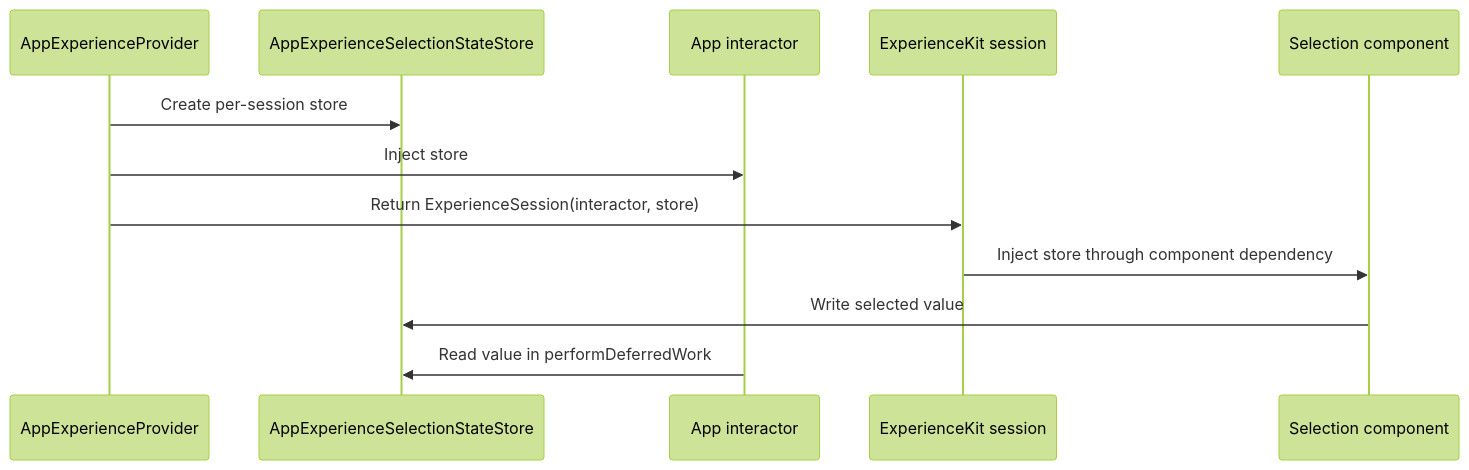
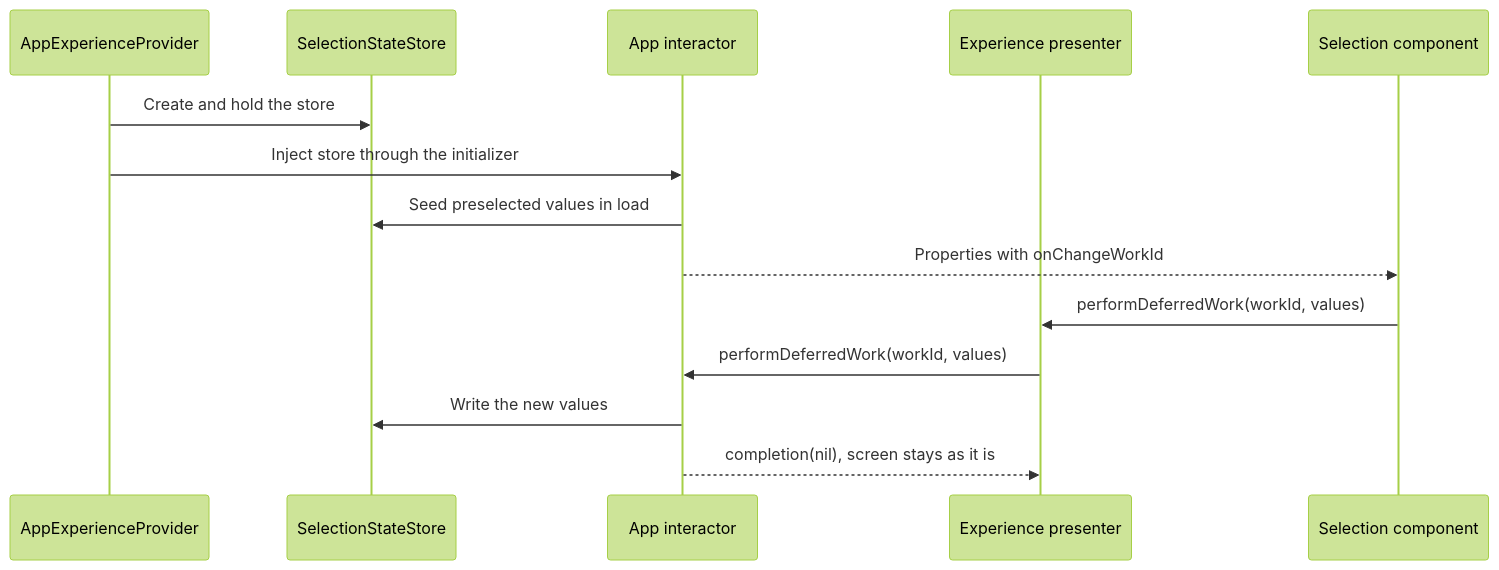
The diagram in docs/architecture/APPEXPERIENCE_SELECTIONSTATE.md (SashenSinghDev/ExperienceKit), drawn with Mermaid (forest theme) before and after one commit. The commit also changed other lines of this file and 50 other files, not shown here.

First line of the commit message:
Report selection changes to interactors through deferred work

````diff
--- a/docs/architecture/APPEXPERIENCE_SELECTIONSTATE.md
+++ b/docs/architecture/APPEXPERIENCE_SELECTIONSTATE.md
@@ -12,15 +12,17 @@
 ```mermaid
 sequenceDiagram
     participant Provider as AppExperienceProvider
-    participant Store as AppExperienceSelectionStateStore
+    participant Store as SelectionStateStore
     participant Interactor as App interactor
-    participant Framework as ExperienceKit session
+    participant Presenter as Experience presenter
     participant Component as Selection component
 
-    Provider->>Store: Create per-session store
-    Provider->>Interactor: Inject store
-    Provider->>Framework: Return ExperienceSession(interactor, store)
-    Framework->>Component: Inject store through component dependency
-    Component->>Store: Write selected value
-    Interactor->>Store: Read value in performDeferredWork
+    Provider->>Store: Create and hold the store
+    Provider->>Interactor: Inject store through the initializer
+    Interactor->>Store: Seed preselected values in load
+    Interactor-->>Component: Properties with onChangeWorkId
+    Component->>Presenter: performDeferredWork(workId, values)
+    Presenter->>Interactor: performDeferredWork(workId, values)
+    Interactor->>Store: Write the new values
+    Interactor-->>Presenter: completion(nil), screen stays as it is
 ```
````
